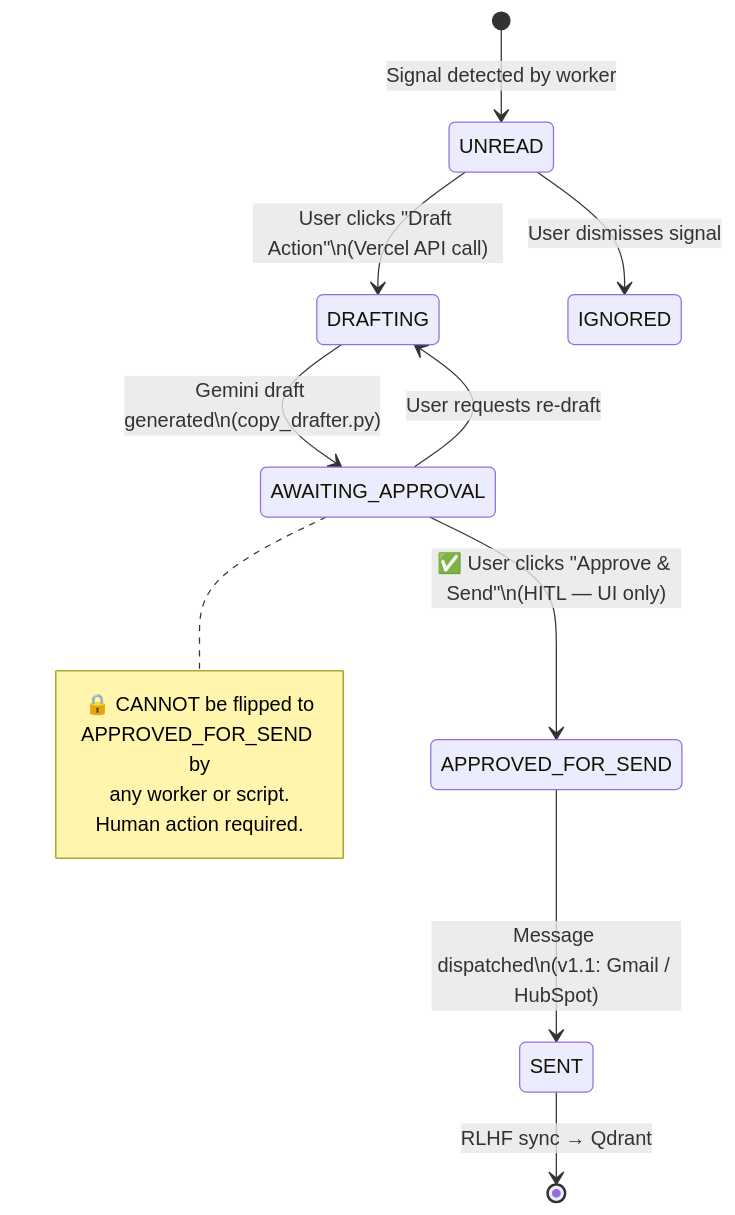
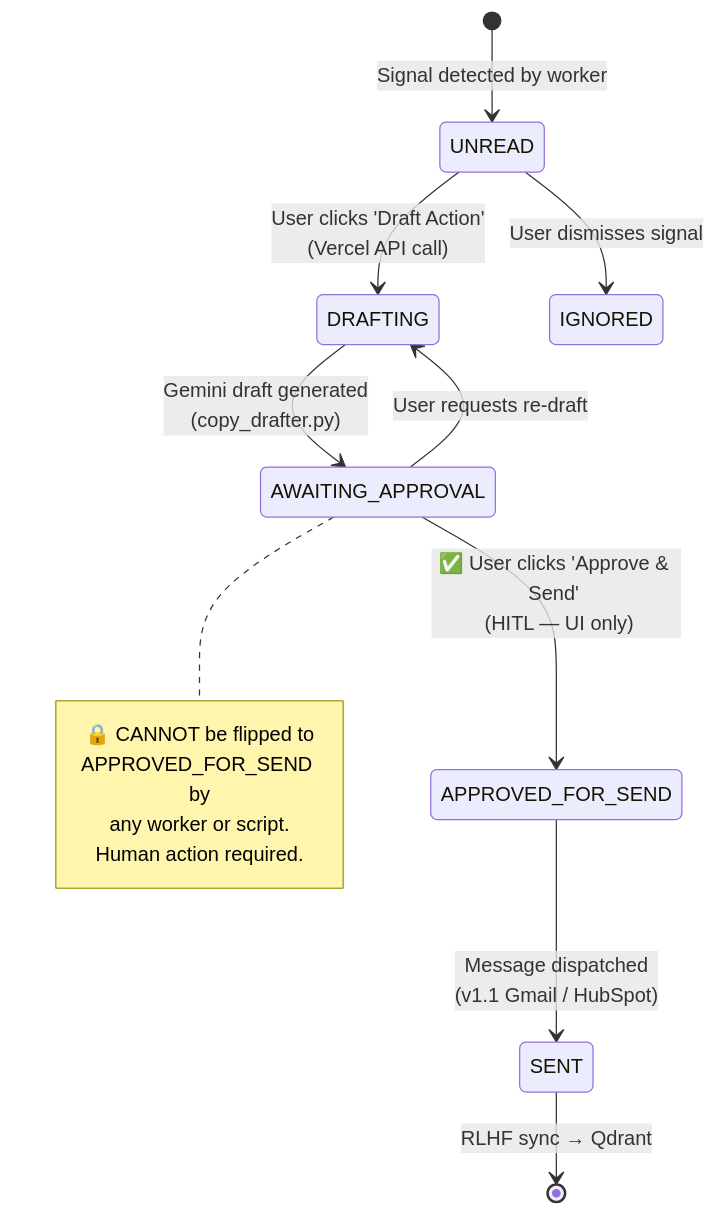
Before and after one commit to CapAmin22/TrueSignall: the fifth of 6 diagrams in README.md, drawn with Mermaid.

Commit message:
docs: Update README.md with new information.

````diff
--- a/README.md
+++ b/README.md
@@ -192,18 +192,18 @@
 ```mermaid
 stateDiagram-v2
     [*] --> UNREAD : Signal detected by worker
-    UNREAD --> DRAFTING : User clicks "Draft Action"\n(Vercel API call)
+    UNREAD --> DRAFTING : User clicks 'Draft Action' <br/> (Vercel API call)
     UNREAD --> IGNORED : User dismisses signal
-    DRAFTING --> AWAITING_APPROVAL : Gemini draft generated\n(copy_drafter.py)
-    AWAITING_APPROVAL --> APPROVED_FOR_SEND : ✅ User clicks "Approve & Send"\n(HITL — UI only)
+    DRAFTING --> AWAITING_APPROVAL : Gemini draft generated <br/> (copy_drafter.py)
+    AWAITING_APPROVAL --> APPROVED_FOR_SEND : ✅ User clicks 'Approve & Send' <br/> (HITL — UI only)
     AWAITING_APPROVAL --> DRAFTING : User requests re-draft
-    APPROVED_FOR_SEND --> SENT : Message dispatched\n(v1.1: Gmail / HubSpot)
+    APPROVED_FOR_SEND --> SENT : Message dispatched <br/> (v1.1 Gmail / HubSpot)
     SENT --> [*] : RLHF sync → Qdrant
 
     note right of AWAITING_APPROVAL
         🔒 CANNOT be flipped to
         APPROVED_FOR_SEND by
         any worker or script.
         Human action required.
     end note
 ```
````
